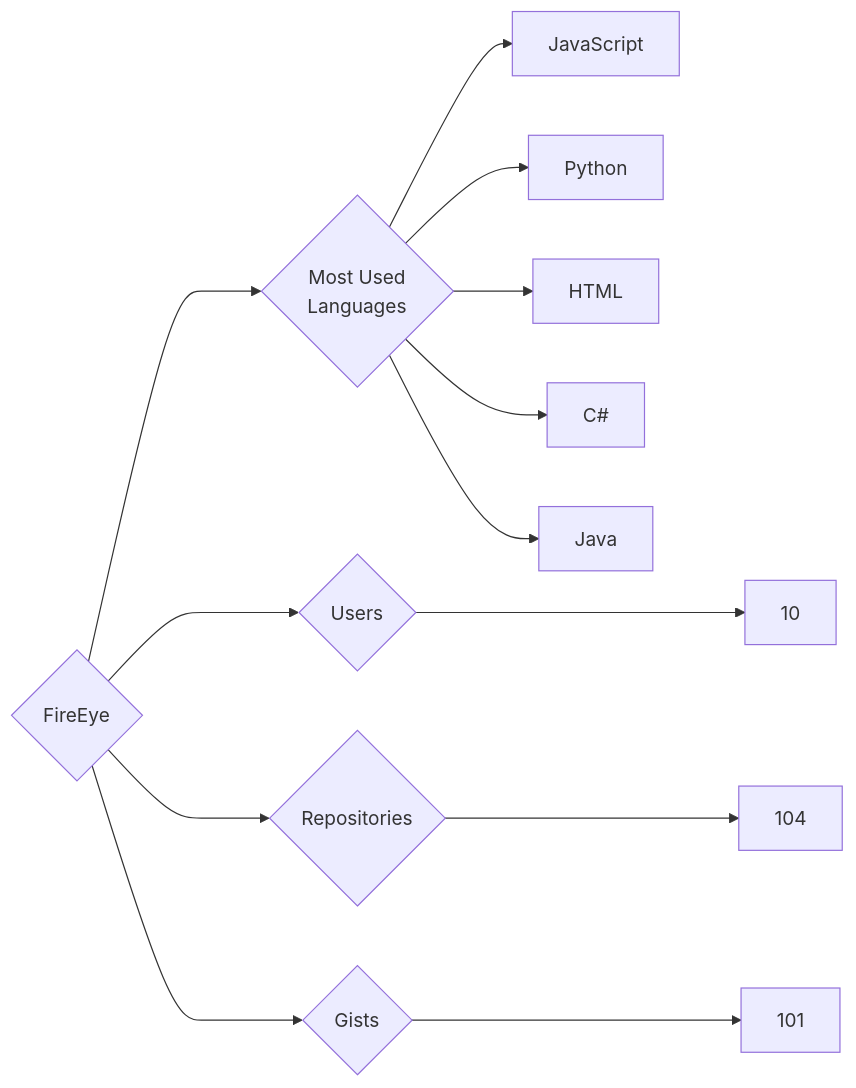
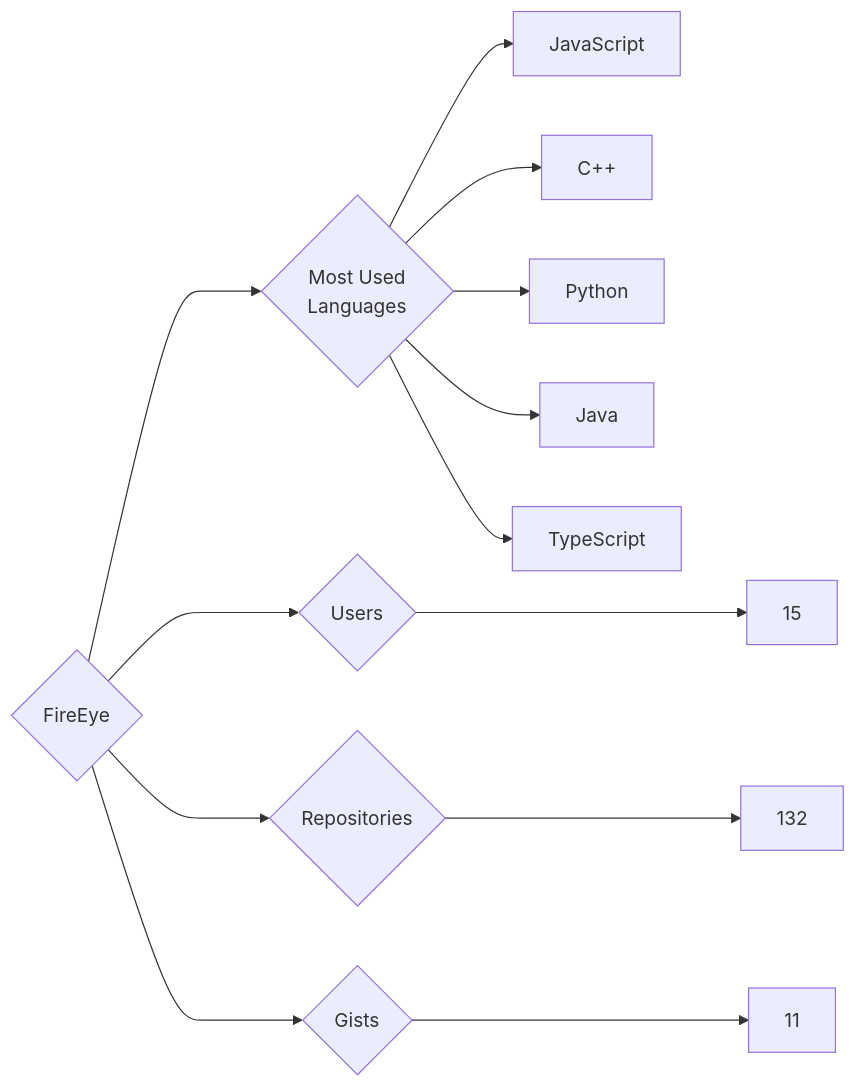
One commit to trickest/insiders changed the diagram in targets/FireEye/README.md. Above: the diagram before and after it, drawn with Mermaid. The commit also changed 837 other files, not shown here.

````diff
--- a/targets/FireEye/README.md
+++ b/targets/FireEye/README.md
@@ -3,13 +3,13 @@
 ```mermaid
 graph LR
 COMPANY_NAME{FireEye}
-COMPANY_NAME ---> U{Users} ---> UN[10]
-COMPANY_NAME ---> R{Repositories} ---> RN[104]
-COMPANY_NAME ---> G{Gists} ---> GN[101]
+COMPANY_NAME ---> U{Users} ---> UN[15]
+COMPANY_NAME ---> R{Repositories} ---> RN[132]
+COMPANY_NAME ---> G{Gists} ---> GN[11]
 COMPANY_NAME ---> ML{Most Used<br>Languages}
 ML --> JavaScript[JavaScript]
+ML --> C++[C++]
 ML --> Python[Python]
-ML --> HTML[HTML]
-ML --> C#[C#]
 ML --> Java[Java]
+ML --> TypeScript[TypeScript]
 ```
````
